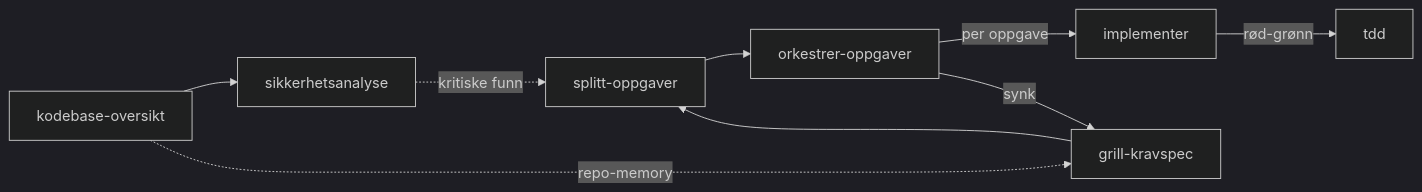
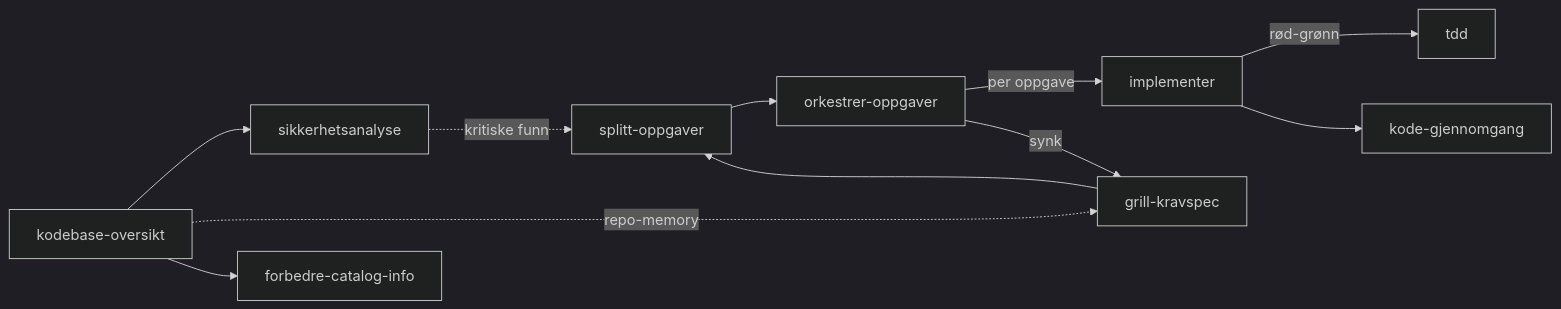
One commit to erikediner/skills changed the diagram in README.md. Above: the diagram before and after it, drawn with Mermaid (dark theme). The commit also changed other lines of this file, not shown here.

````diff
--- a/README.md
+++ b/README.md
@@ -31,11 +33,13 @@
 ```mermaid
 flowchart LR
     KO[kodebase-oversikt] --> SA[sikkerhetsanalyse]
     KO -.->|repo-memory| GK
     SA -.->|kritiske funn| SP
+    KO --> FCI[forbedre-catalog-info]
     GK[grill-kravspec] --> SP[splitt-oppgaver]
     SP --> OO[orkestrer-oppgaver]
     OO -->|per oppgave| IMP[implementer]
     IMP -->|rød-grønn| TDD[tdd]
+    IMP --> KGJ[kode-gjennomgang]
     OO -->|synk| GK
 ```
````
